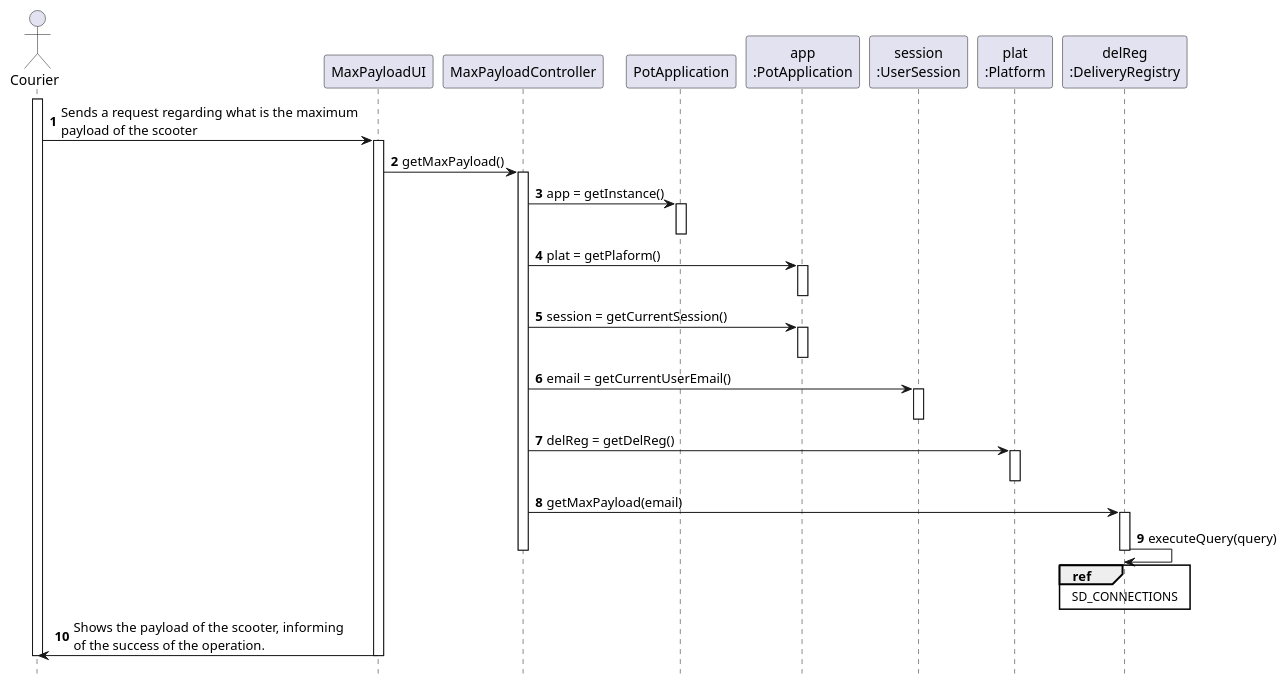
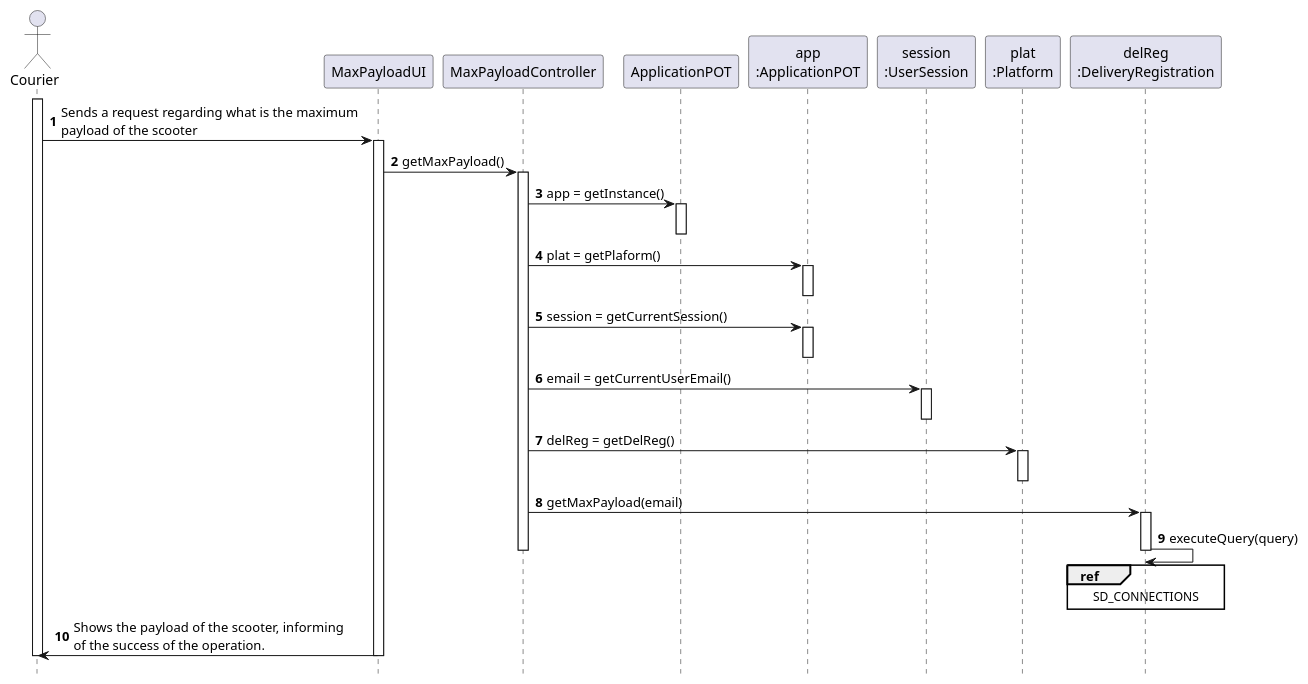
One commit to tiagoavcosta25/LAPR3 changed the diagram in docs/Iteration 1/Delivery Management/US55_MaxPayload/US55_SD.puml. Above: the diagram before and after it, drawn with PlantUML. The commit also changed 16 other files, not shown here.

Commit message:
LAPR2AP2-121 #fixing SD and CD [Design] LAPR2AP2-127 #close SSD, MD, SD and CD [Design] LAPR2AP2-124 #fixing diagram issues [Design]

```diff
--- a/docs/Iteration 1/Delivery Management/US55_MaxPayload/US55_SD.puml
+++ b/docs/Iteration 1/Delivery Management/US55_MaxPayload/US55_SD.puml
@@ -1,51 +1,51 @@
 @startuml
 autonumber
 hide footbox
 actor "Courier" as COUR
 
 participant "MaxPayloadUI" as UI
 participant "MaxPayloadController" as CTRL
-participant "PotApplication" as _APP
-participant "app\n:PotApplication" as APP
+participant "ApplicationPOT" as _APP
+participant "app\n:ApplicationPOT" as APP
 participant "session\n:UserSession" as SESSION
 participant "plat\n:Platform" as PLAT
-participant "delReg\n:DeliveryRegistry" as DELREG
+participant "delReg\n:DeliveryRegistration" as DELREG
 
 activate COUR
 
 COUR -> UI : Sends a request regarding what is the maximum \npayload of the scooter
 
 activate UI
 UI -> CTRL : getMaxPayload()
 activate CTRL
 CTRL -> _APP: app = getInstance()
 activate _APP
 deactivate _APP
 
 CTRL -> APP: plat = getPlaform()
 activate APP
 deactivate APP
 
 CTRL -> APP: session = getCurrentSession()
 activate APP
 deactivate APP
 
 CTRL -> SESSION : email = getCurrentUserEmail()
 activate SESSION
 deactivate SESSION
 
 CTRL -> PLAT : delReg = getDelReg()
 activate PLAT
 deactivate PLAT
 CTRL -> DELREG : getMaxPayload(email)
 activate DELREG
 DELREG -> DELREG : executeQuery(query)
 ref over DELREG : SD_CONNECTIONS
 deactivate DELREG
 deactivate CTRL
 UI -> COUR : Shows the payload of the scooter, informing \nof the success of the operation.
 deactivate UI
 deactivate COUR
 
 
 @enduml
```
